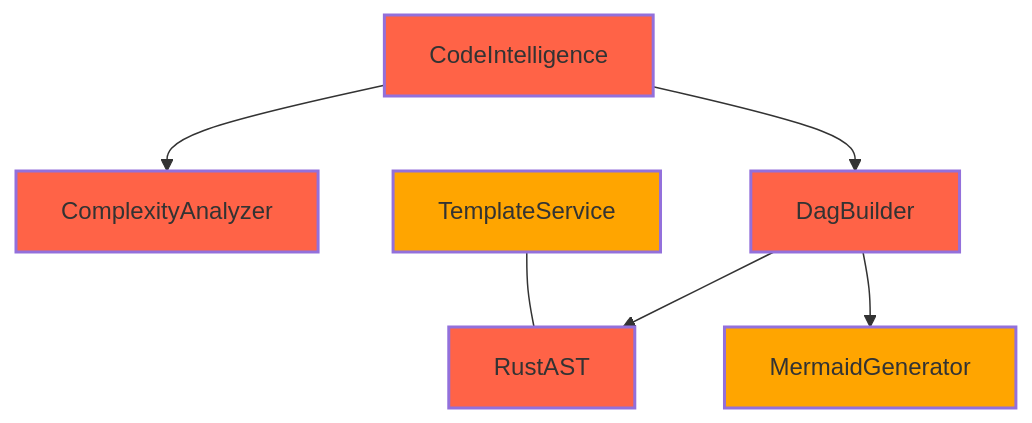
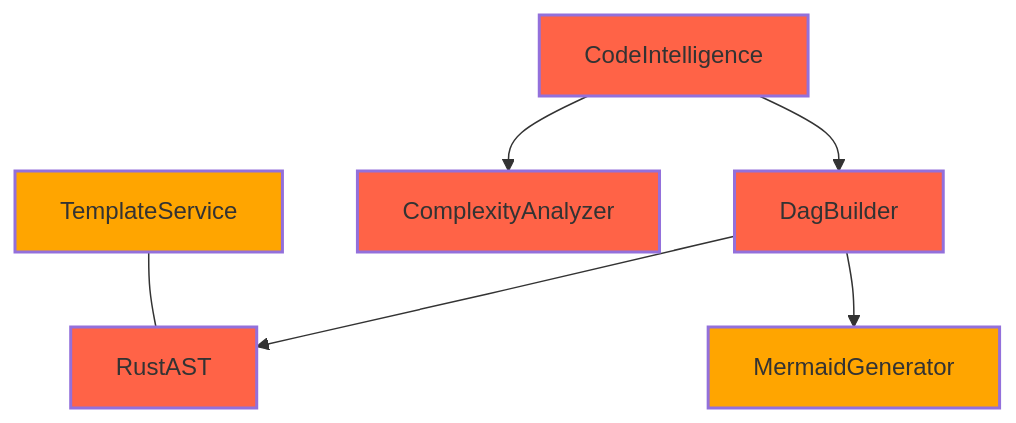
One commit to paiml/paiml-mcp-agent-toolkit changed the fourth of 4 diagrams in artifacts/mermaid/README.md. Above: the diagram before and after it, drawn with Mermaid. The commit also changed other lines of this file and 30 other files, not shown here.

````diff
--- a/artifacts/mermaid/README.md
+++ b/artifacts/mermaid/README.md
@@ -111,22 +111,22 @@
 ```mermaid
 graph TD
+    ast_rust[RustAST]
+    mermaid_generator[MermaidGenerator]
+    dag_builder[DagBuilder]
+    complexity[ComplexityAnalyzer]
     code_intelligence[CodeIntelligence]
-    complexity[ComplexityAnalyzer]
-    dag_builder[DagBuilder]
-    ast_rust[RustAST]
     template_service[TemplateService]
-    mermaid_generator[MermaidGenerator]
 
     code_intelligence --> dag_builder
     dag_builder --> ast_rust
     dag_builder --> mermaid_generator
     code_intelligence --> complexity
     template_service --- ast_rust
 
+    style ast_rust fill:#FF6347,stroke-width:2px
+    style mermaid_generator fill:#FFA500,stroke-width:2px
+    style dag_builder fill:#FF6347,stroke-width:2px
+    style complexity fill:#FF6347,stroke-width:2px
     style code_intelligence fill:#FF6347,stroke-width:2px
-    style complexity fill:#FF6347,stroke-width:2px
-    style dag_builder fill:#FF6347,stroke-width:2px
-    style ast_rust fill:#FF6347,stroke-width:2px
     style template_service fill:#FFA500,stroke-width:2px
-    style mermaid_generator fill:#FFA500,stroke-width:2px
 ```
````
